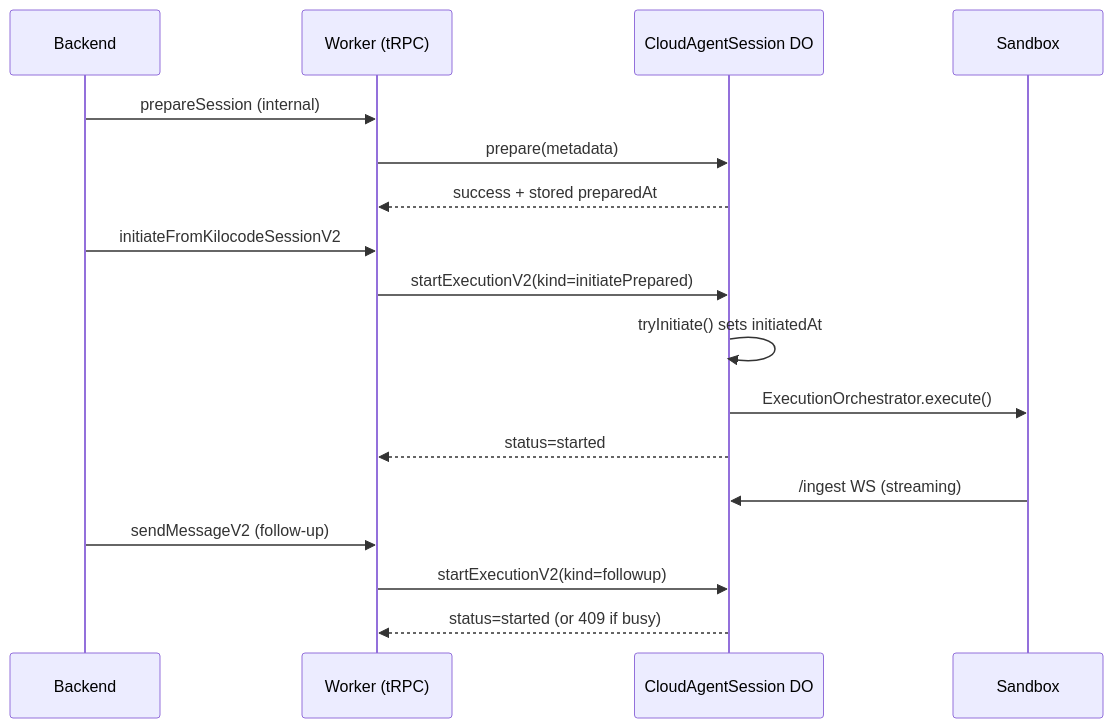
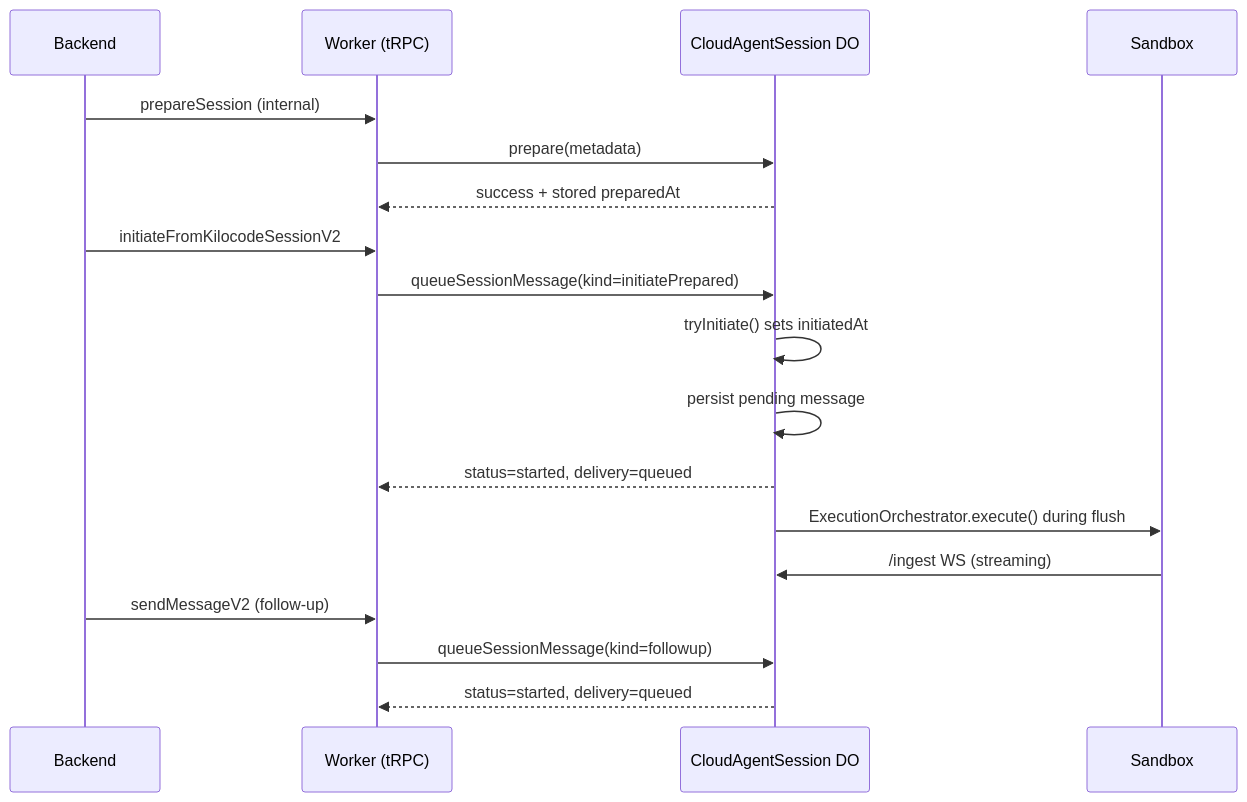
The eighth of 9 diagrams in services/cloud-agent-next/docs/diagrams.md (Kilo-Org/cloud), drawn with Mermaid before and after one commit. The commit also changed other lines of this file and 180 other files, not shown here.

Commit message:
refactor(cloud-agent-next): replace execution-centric session management

````diff
--- a/services/cloud-agent-next/docs/diagrams.md
+++ b/services/cloud-agent-next/docs/diagrams.md
@@ -170,23 +165,24 @@
 ```mermaid
 sequenceDiagram
   participant B as Backend
   participant W as Worker (tRPC)
   participant DO as CloudAgentSession DO
   participant SB as Sandbox
 
   B->>W: prepareSession (internal)
   W->>DO: prepare(metadata)
   DO-->>W: success + stored preparedAt
 
   B->>W: initiateFromKilocodeSessionV2
-  W->>DO: startExecutionV2(kind=initiatePrepared)
+  W->>DO: queueSessionMessage(kind=initiatePrepared)
   DO->>DO: tryInitiate() sets initiatedAt
-  DO->>SB: ExecutionOrchestrator.execute()
-  DO-->>W: status=started
+  DO->>DO: persist pending message
+  DO-->>W: status=started, delivery=queued
+  DO->>SB: ExecutionOrchestrator.execute() during flush
 
   SB->>DO: /ingest WS (streaming)
 
   B->>W: sendMessageV2 (follow-up)
-  W->>DO: startExecutionV2(kind=followup)
-  DO-->>W: status=started (or 409 if busy)
+  W->>DO: queueSessionMessage(kind=followup)
+  DO-->>W: status=started, delivery=queued
 ```
````
